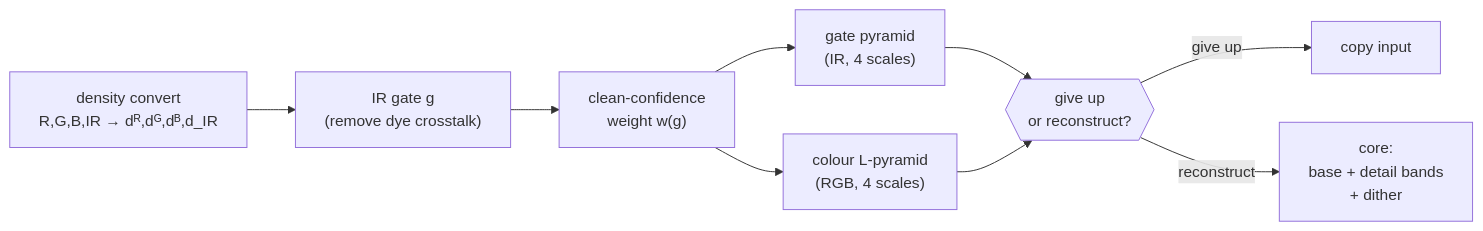
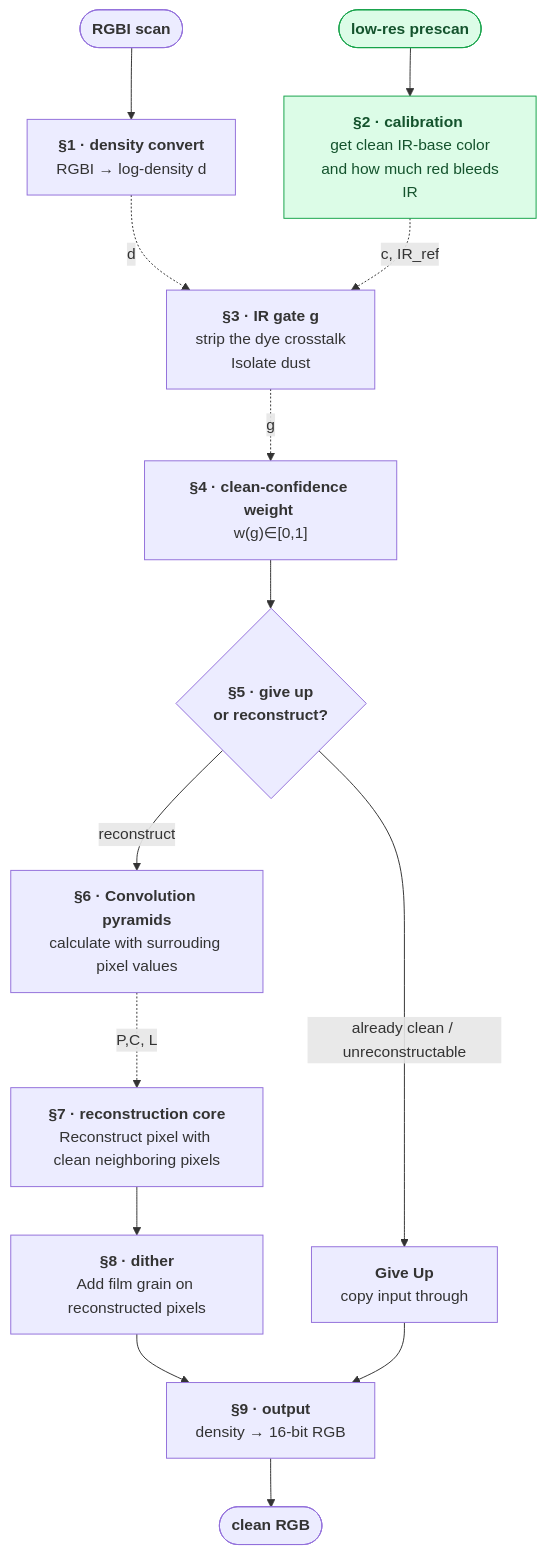
Before and after one commit to a6o/openICE: the diagram in docs/pipeline.md, drawn with Mermaid. The commit also changed other lines of this file and 15 other files, not shown here.

````diff
--- a/docs/pipeline.md
+++ b/docs/pipeline.md
@@ -114,11 +4,19 @@
 ```mermaid
-flowchart LR
-  A["density convert<br/>R,G,B,IR → dᴿ,dᴳ,dᴮ,d_IR"] --> B["IR gate g<br/>(remove dye crosstalk)"]
-  B --> C["clean-confidence<br/>weight w(g)"]
-  C --> D["gate pyramid<br/>(IR, 4 scales)"]
-  C --> E["colour L-pyramid<br/>(RGB, 4 scales)"]
-  D --> F{{"give up<br/>or reconstruct?"}}
-  E --> F
-  F -->|give up| G["copy input"]
-  F -->|reconstruct| H["core:<br/>base + detail bands<br/>+ dither"]
+flowchart TB
+  RAW(["<b>RGBI scan</b>"]) --> D["<b>§1 · density convert</b><br/>RGBI → log-density d"]
+  LR(["<b>low-res prescan</b>"]) --> CAL["<b>§2 · calibration</b> <br/> get clean IR-base color <br/> and how much red bleeds IR"]
+  D -. "d" .-> G["<b>§3 · IR gate g</b><br/>strip the dye crosstalk<br/>Isolate dust"]
+  CAL -. "c, IR_ref" .-> G
+  G -. "g" .-> W["<b>§4 · clean-confidence weight</b> <br/>w(g)∈[0,1]"]
+  W --> DEC{"<b>§5 · give up<br/>or reconstruct?</b>"}
+  DEC -->|"already clean / unreconstructable"| CP["<b>Give Up</b><br/>copy input through"]
+  DEC -->|reconstruct| P["<b>§6 · Convolution pyramids</b><br/>calculate with surrouding pixel values"]
+  P -."P,C, L".-> CORE["<b>§7 · reconstruction core</b><br/>Reconstruct pixel with clean neighboring pixels"]
+  CORE --> DI["<b>§8 · dither</b><br/>Add film grain on reconstructed pixels"]
+  DI --> O["<b>§9 · output</b><br/>density → 16-bit RGB"]
+  CP --> O
+  O --> RES(["<b>clean RGB</b>"])
+
+  classDef cal fill:#dcfce7,stroke:#16a34a,color:#14532d;
+  class LR,CAL cal;
 ```
````
